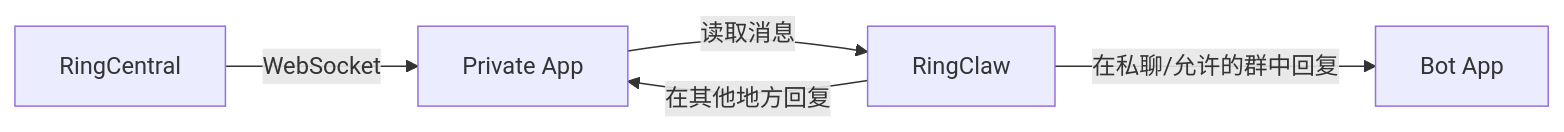
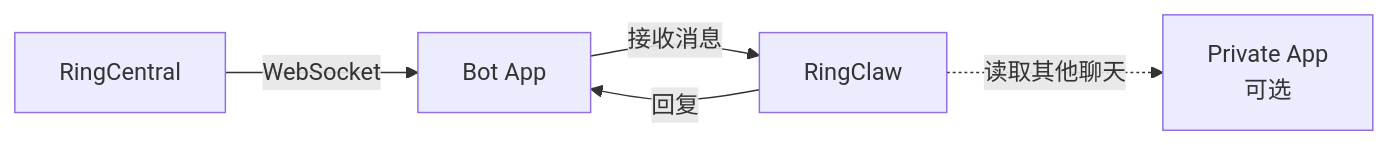
The second of 2 diagrams in README_CN.md (RC-Maxwell/ringclaw), drawn with Mermaid before and after one commit. The commit also changed other lines of this file and 9 other files, not shown here.

First line of the commit message:
Make Bot App required, Private App optional

````diff
--- a/README_CN.md
+++ b/README_CN.md
@@ -286,7 +284,7 @@
 ```mermaid
 graph LR
-    RC[RingCentral] -->|WebSocket| PrivateApp[Private App]
-    PrivateApp -->|读取消息| RingClaw
-    RingClaw -->|在私聊/允许的群中回复| BotApp[Bot App]
-    RingClaw -->|在其他地方回复| PrivateApp
+    RC[RingCentral] -->|WebSocket| BotApp[Bot App]
+    BotApp -->|接收消息| RingClaw
+    RingClaw -->|回复| BotApp
+    RingClaw -.->|读取其他聊天| PrivateApp[Private App<br/>可选]
 ```
````
